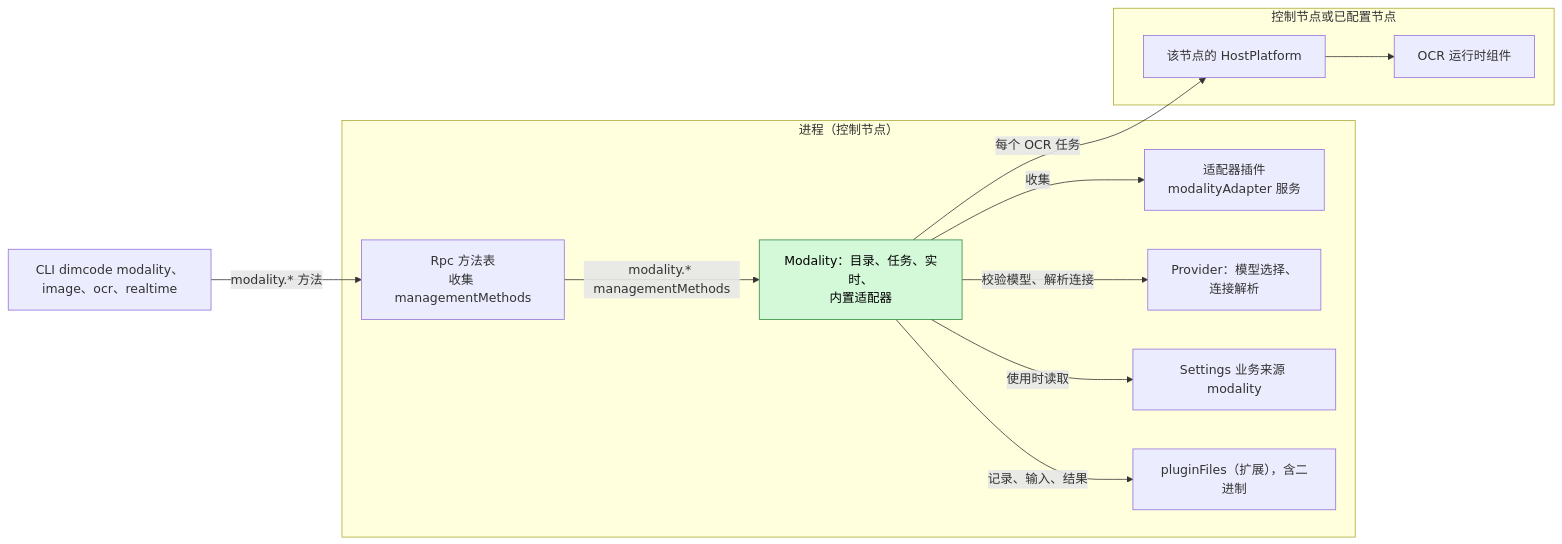
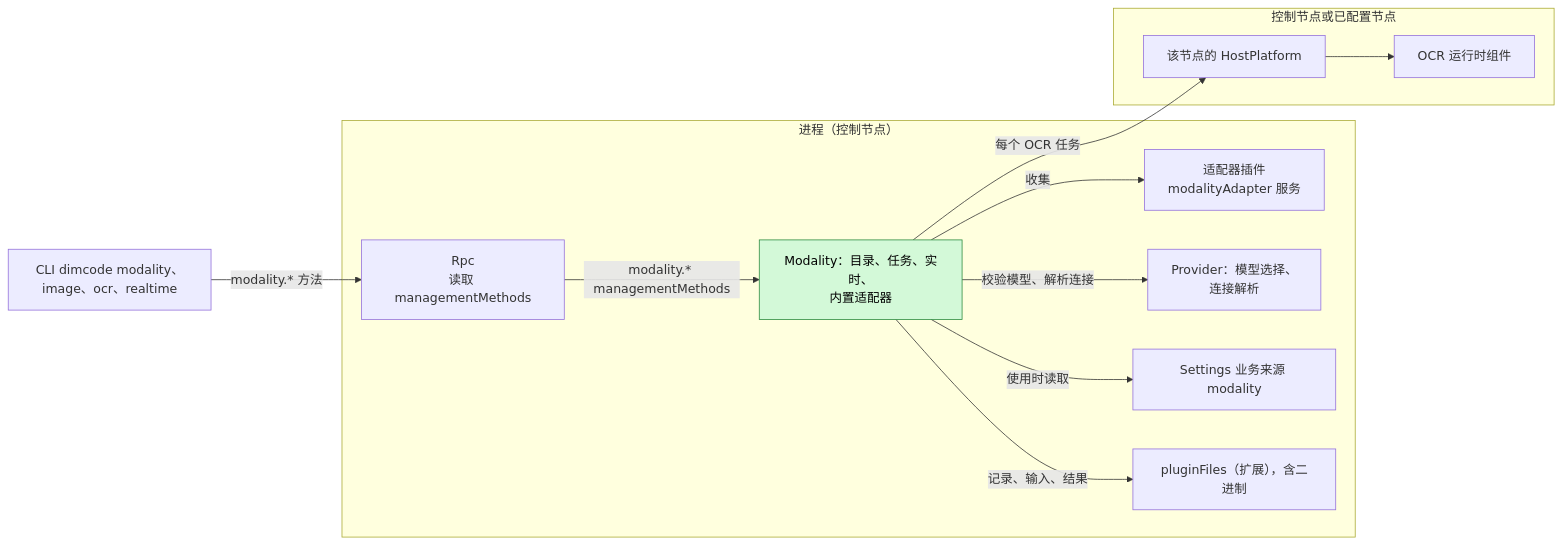
Before and after one commit to CoutinhoTTS/dim-agent: the first of 6 diagrams in docs/zh/design/plugins/Modality.md, drawn with Mermaid. The commit also changed other lines of this file and 163 other files, not shown here.

````diff
--- a/docs/zh/design/plugins/Modality.md
+++ b/docs/zh/design/plugins/Modality.md
@@ -13,25 +13,25 @@
 ```mermaid
 flowchart LR
   subgraph PROC["进程（控制节点）"]
     Mod["Modality：目录、任务、实时、<br/>内置适配器"]:::new
     AdPlug["适配器插件<br/>modalityAdapter 服务"]
-    Rpc["Rpc 方法表<br/>收集 managementMethods"]
+    Rpc["Rpc<br/>读取 managementMethods"]
     Prov["Provider：模型选择、<br/>连接解析"]
     Set["Settings 业务来源 modality"]
     Store["pluginFiles（扩展），含二进制"]
   end
   subgraph NODE["控制节点或已配置节点"]
     HP["该节点的 HostPlatform"]
     OCR["OCR 运行时组件"]
   end
   CLI["CLI dimcode modality、image、ocr、realtime"]
   Mod -->|"收集"| AdPlug
   Mod -->|"每个 OCR 任务"| HP
   HP --> OCR
   Mod -->|"校验模型、解析连接"| Prov
   Mod -->|"记录、输入、结果"| Store
   Mod -->|"使用时读取"| Set
   Rpc -->|"modality.* managementMethods"| Mod
   CLI -->|"modality.* 方法"| Rpc
   classDef new fill:#d3f9d8,stroke:#2b8a3e,color:#000
 ```
````
